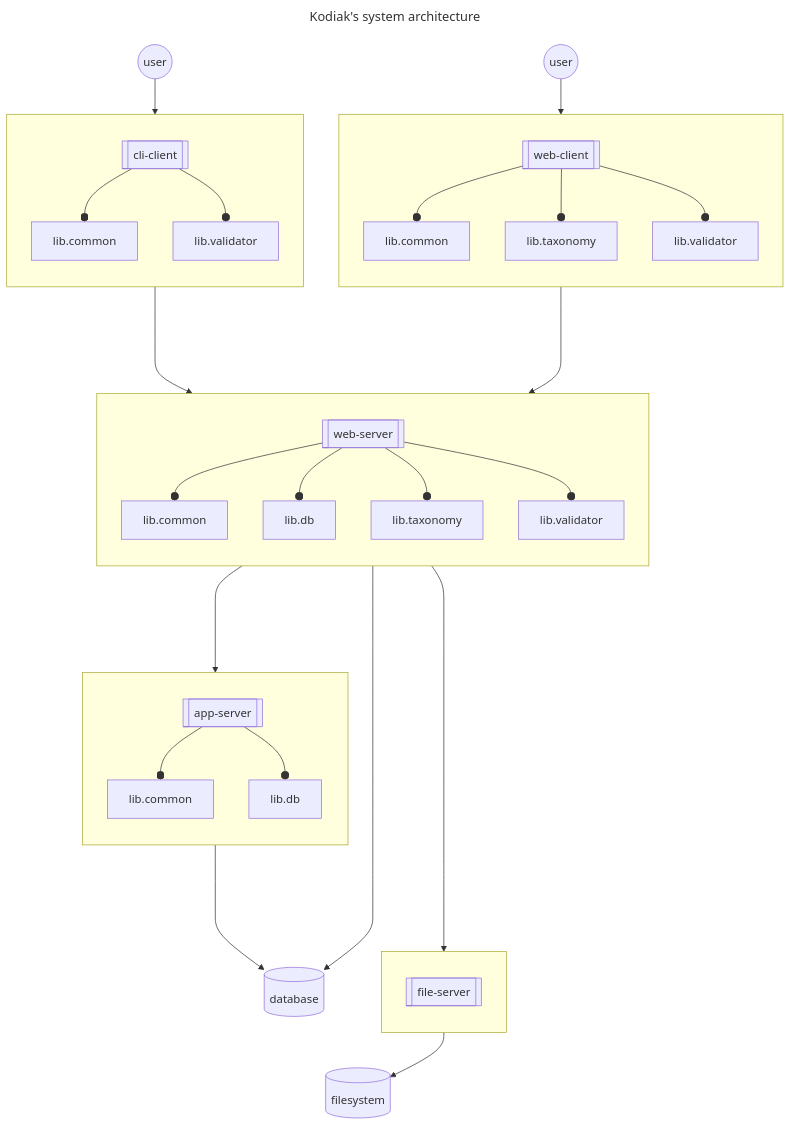
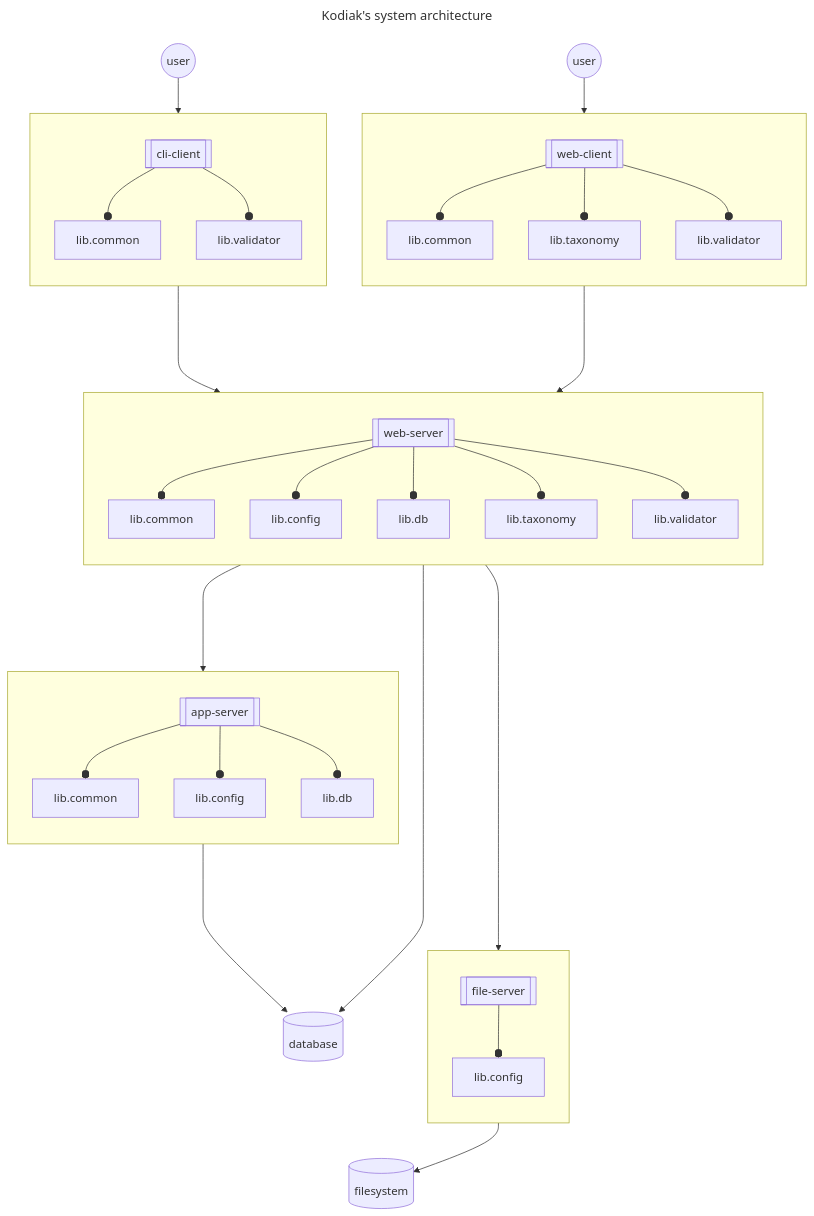
One commit to polarlabs/kodiak-diagrams changed the diagram in SYSTEM-ARCHITECTURE.md. Above: the diagram before and after it, drawn with Mermaid.

Commit message:
add: lib.config.

````diff
--- a/SYSTEM-ARCHITECTURE.md
+++ b/SYSTEM-ARCHITECTURE.md
@@ -5,43 +5,45 @@
 ```mermaid
 ---
 title: Kodiak's system architecture
 ---
 flowchart TB
   subgraph user-web[ ]
     direction TB  
     web-client[[web-client]] --o web-client.lib.common[lib.common]
-    web-client --o web-client.lib.taxonomy[lib.taxonomy]
-    web-client --o web-client.lib.validator[lib.validator]
+    web-client               --o web-client.lib.taxonomy[lib.taxonomy]
+    web-client               --o web-client.lib.validator[lib.validator]
   end
   subgraph user-cli[ ]
     direction TB
     cli-client[[cli-client]] --o cli-client.lib.common[lib.common]
-    cli-client --o cli-client.lib.validator[lib.validator]
+    cli-client               --o cli-client.lib.validator[lib.validator]
   end
   subgraph file-server[ ]
     direction TB
-    file-server.api[[file-server]]
+    file-server.api[[file-server]] --o file-server.lib.config[lib.config]
   end
   subgraph web-server[ ]
     direction TB
     web-server.api[[web-server]] --o web-server.lib.common[lib.common]
-    web-server.api[[web-server]] --o web-server.lib.db[lib.db]
-    web-server.api[[web-server]] --o web-server.lib.taxonomy[lib.taxonomy]
-    web-server.api[[web-server]] --o web-server.lib.validator[lib.validator]
+    web-server.api               --o web-server.lib.config[lib.config]
+    web-server.api               --o web-server.lib.db[lib.db]
+    web-server.api               --o web-server.lib.taxonomy[lib.taxonomy]
+    web-server.api               --o web-server.lib.validator[lib.validator]
   end
   subgraph app-server[ ]
     direction TB
     app-server.api[[app-server]] --o app-server.lib.common[lib.common]
-    app-server.api[[app-server]] --o app-server.lib.db[lib.db]
+    app-server.api               --o app-server.lib.config[lib.config]
+    app-server.api               --o app-server.lib.db[lib.db]
   end
-  web-user((user)) --> web-client
-  web-client ----> web-server.api
-  cli-user((user)) --> cli-client
-  cli-client ----> web-server.api
-  web-server.api ----> app-server.api
-  web-server.api ----> file-server.api
-  file-server --> filesystem[(filesystem)]
-  web-server --> database[(database)]
-  app-server ----> database[(database)]
-  database ~~~ filesystem
+  web-user((user)) -->   web-client
+  web-client       ----> web-server.api
+  cli-user((user)) -->   cli-client
+  cli-client       ----> web-server.api
+  web-server.api   ----> app-server.api
+  web-server.api   ----> file-server.api
+  file-server      -->   filesystem[(filesystem)]
+  web-server       -->   database[(database)]
+  app-server       ----> database
+  database         ~~~   filesystem
 ```
````
